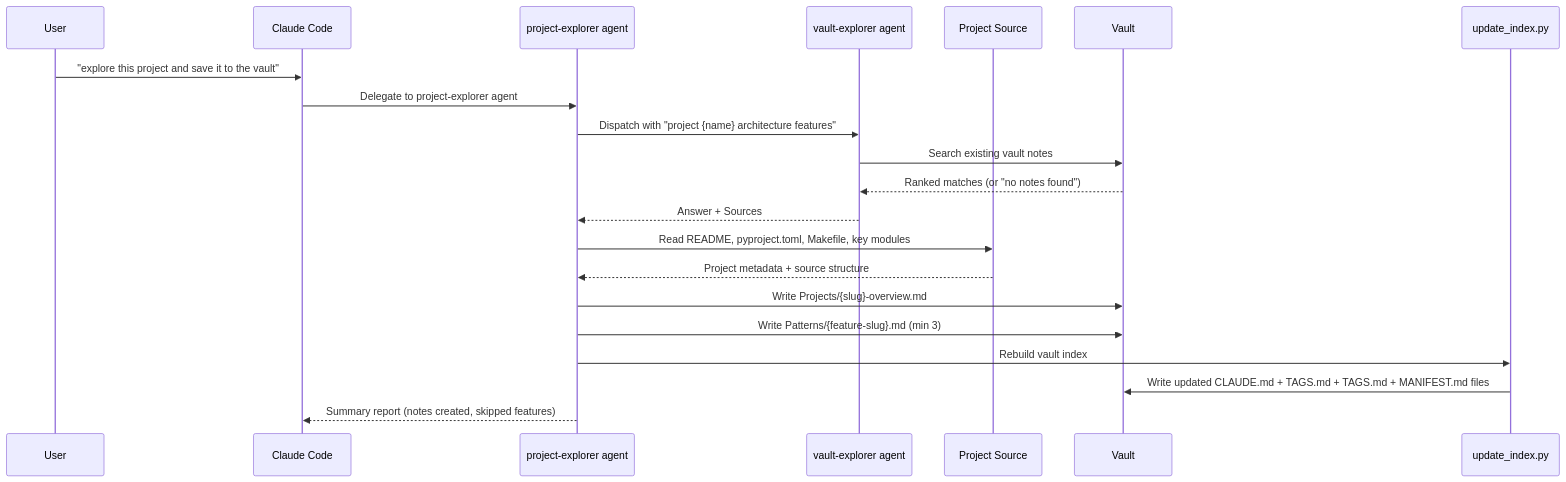
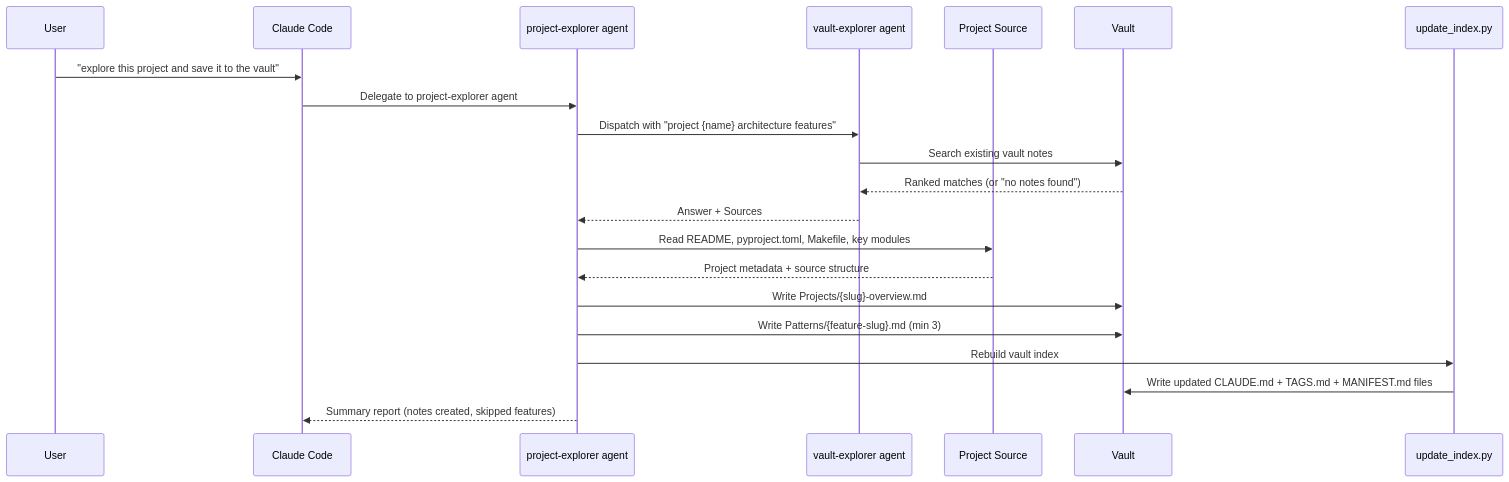
Before and after one commit to paulrobello/parsidion: the fourth of 5 diagrams in docs/ARCHITECTURE.md, drawn with Mermaid. The commit also changed other lines of this file and 15 other files, not shown here.

````diff
--- a/docs/ARCHITECTURE.md
+++ b/docs/ARCHITECTURE.md
@@ -1337,24 +1345,24 @@
 ```mermaid
 sequenceDiagram
     participant U as User
     participant CC as Claude Code
     participant PE as project-explorer agent
     participant VE as vault-explorer agent
     participant P as Project Source
     participant V as Vault
     participant IDX as update_index.py
 
     U->>CC: "explore this project and save it to the vault"
     CC->>PE: Delegate to project-explorer agent
     PE->>VE: Dispatch with "project {name} architecture features"
     VE->>V: Search existing vault notes
     V-->>VE: Ranked matches (or "no notes found")
     VE-->>PE: Answer + Sources
     PE->>P: Read README, pyproject.toml, Makefile, key modules
     P-->>PE: Project metadata + source structure
     PE->>V: Write Projects/{slug}-overview.md
     PE->>V: Write Patterns/{feature-slug}.md (min 3)
     PE->>IDX: Rebuild vault index
-    IDX->>V: Write updated CLAUDE.md + TAGS.md + TAGS.md + MANIFEST.md files
+    IDX->>V: Write updated CLAUDE.md + TAGS.md + MANIFEST.md files
     PE-->>CC: Summary report (notes created, skipped features)
 ```
````
